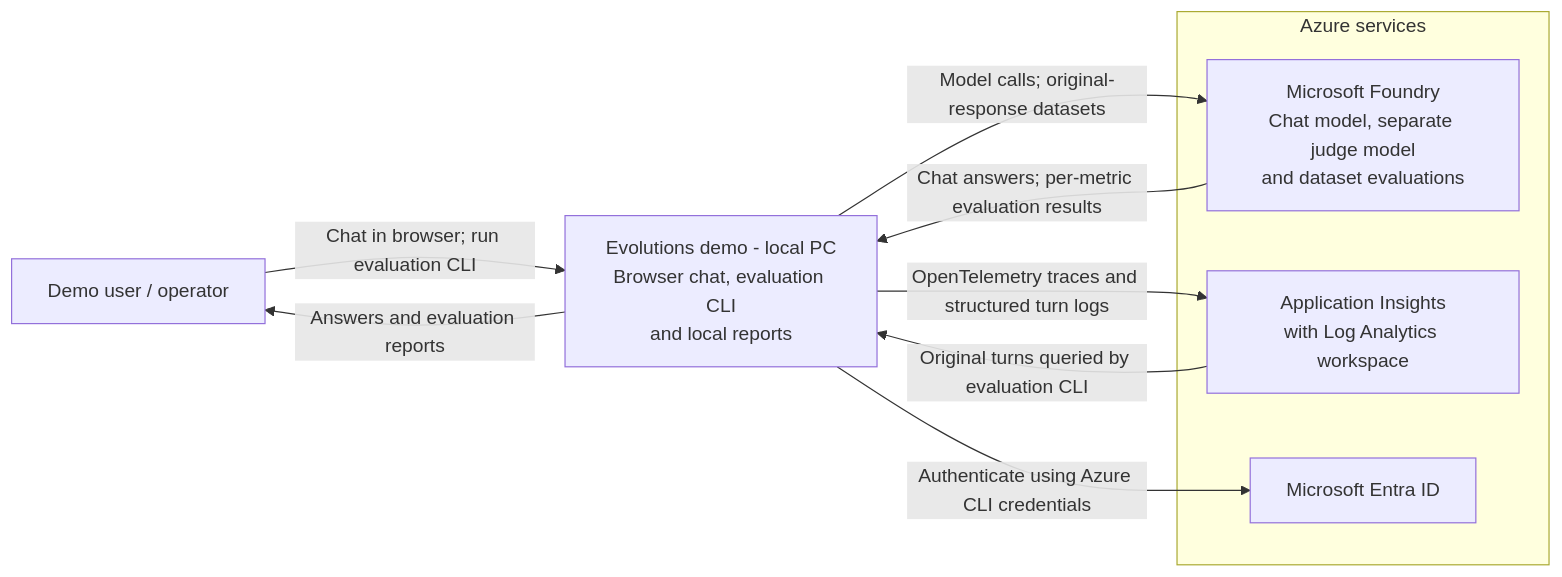
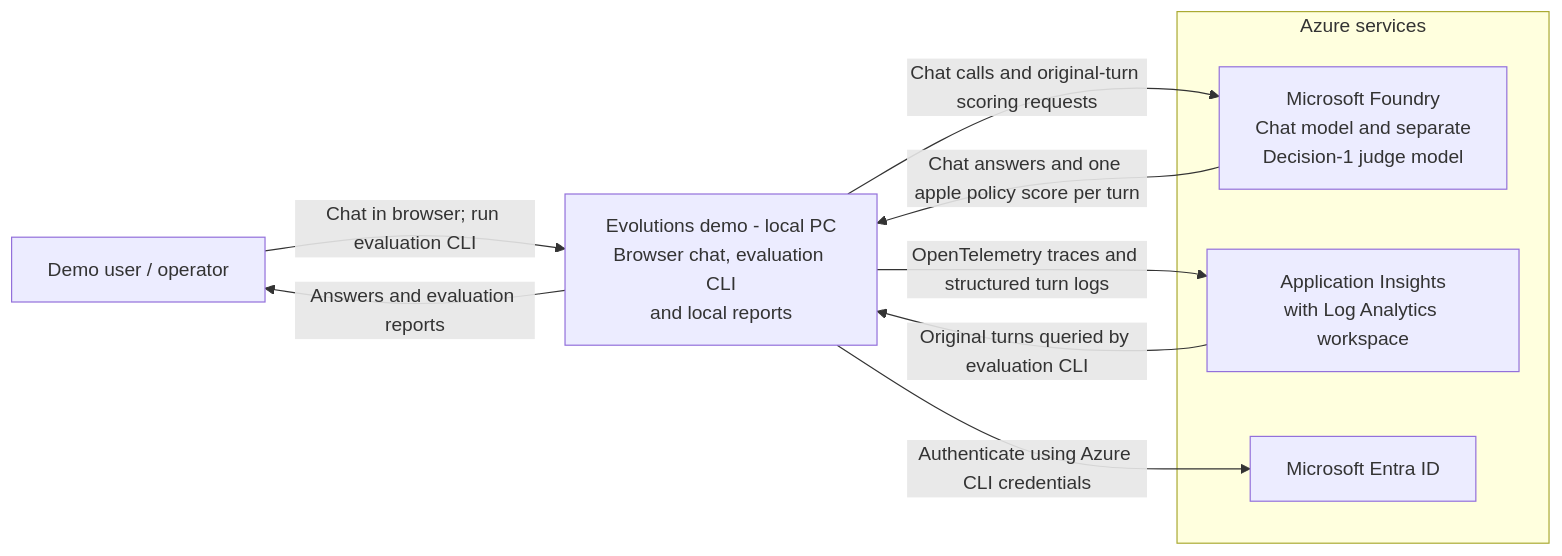
The diagram in docs/diagrams/system-context.mmd (janne-pa/evolutions-demo), drawn with Mermaid before and after one commit. The commit also changed 26 other files, not shown here.

First line of the commit message:
Switch judge to Microsoft-Decision-1 with native 0-4 apple-scope score

```diff
--- a/docs/diagrams/system-context.mmd
+++ b/docs/diagrams/system-context.mmd
@@ -1,15 +1,15 @@
 flowchart LR
     User["Demo user / operator"]
     Demo["Evolutions demo - local PC<br/>Browser chat, evaluation CLI<br/>and local reports"]
     subgraph Azure["Azure services"]
-        Foundry["Microsoft Foundry<br/>Chat model, separate judge model<br/>and dataset evaluations"]
+        Foundry["Microsoft Foundry<br/>Chat model and separate<br/>Decision-1 judge model"]
         Monitor["Application Insights<br/>with Log Analytics workspace"]
         Identity["Microsoft Entra ID"]
     end
     User -->|"Chat in browser; run evaluation CLI"| Demo
     Demo -->|"Answers and evaluation reports"| User
-    Demo -->|"Model calls; original-response datasets"| Foundry
-    Foundry -->|"Chat answers; per-metric evaluation results"| Demo
+    Demo -->|"Chat calls and original-turn scoring requests"| Foundry
+    Foundry -->|"Chat answers and one apple policy score per turn"| Demo
     Demo -->|"OpenTelemetry traces and structured turn logs"| Monitor
     Monitor -->|"Original turns queried by evaluation CLI"| Demo
     Demo -->|"Authenticate using Azure CLI credentials"| Identity
```
